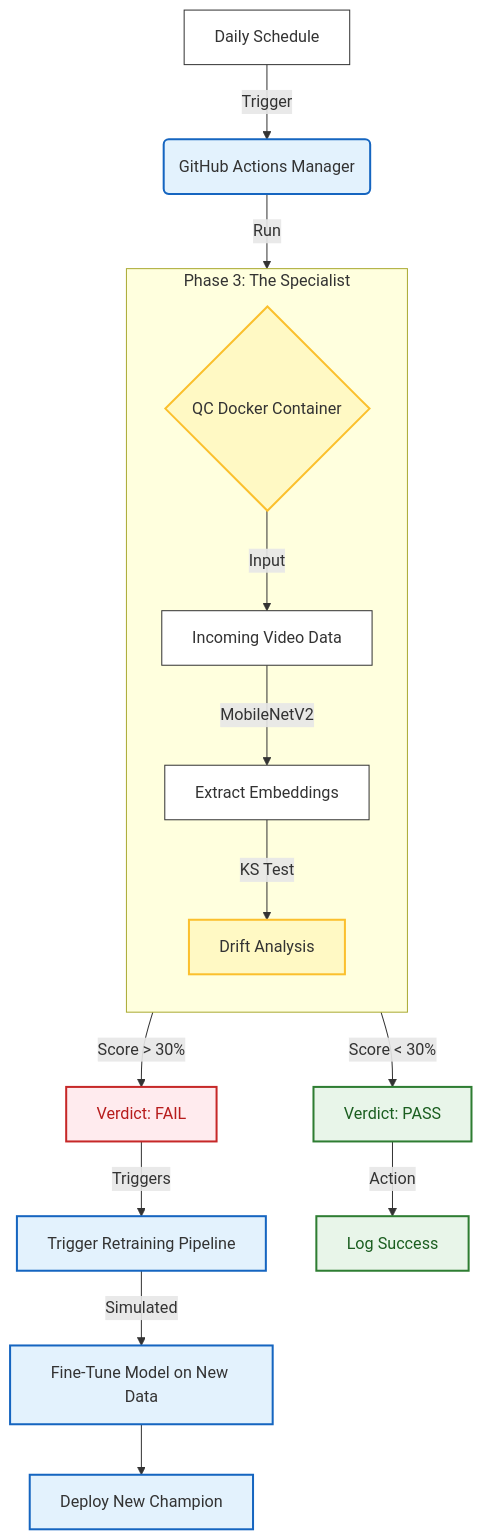
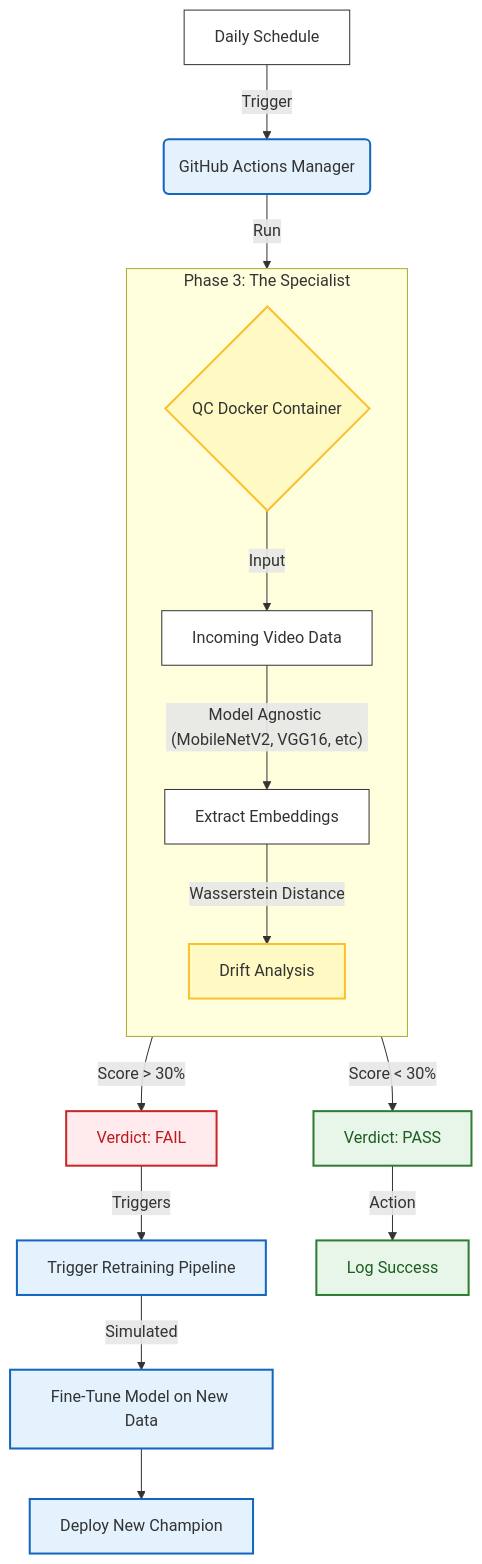
Before and after one commit to Kosher-T/sentinel: the diagram in README.md, drawn with Mermaid.

Commit message:
Update diagram to reflect model agnostic approach

````diff
--- a/README.md
+++ b/README.md
@@ -42,41 +42,41 @@
 ```mermaid
 graph TD
     %% --- Nodes ---
     A["Daily Schedule"] -->|Trigger| B("GitHub Actions Manager")
     
     %% Manager only has ONE action now: Run the container
     B -->|Run| C
     
     subgraph Phase3 ["Phase 3: The Specialist"]
         direction TB
         C{"QC Docker Container"}
         
         C -->|Input| D["Incoming Video Data"]
-        D -->|"MobileNetV2"| E["Extract Embeddings"]
-        E -->|"KS Test"| F["Drift Analysis"]
+        D -->|"Model Agnostic (MobileNetV2, VGG16, etc)"| E["Extract Embeddings"]
+        E -->|"Wasserstein Distance"| F["Drift Analysis"]
     end
     
     %% Logic flows out of Phase 3 directly to consequences
     F -->|"Score > 30%"| G["Verdict: FAIL"]
     F -->|"Score < 30%"| H["Verdict: PASS"]
     
     %% Direct sequential actions based on Verdict
     G -->|"Triggers"| J["Trigger Retraining Pipeline"]
     H -->|"Action"| K["Log Success"]
     
     J -->|Simulated| L["Fine-Tune Model on New Data"]
     L --> M["Deploy New Champion"]
 
     %% --- Styles ---
     classDef base fill:#fff,stroke:#333,stroke-width:1px
     classDef action fill:#e3f2fd,stroke:#1565c0,stroke-width:2px
     classDef success fill:#e8f5e9,stroke:#2e7d32,stroke-width:2px,color:#1b5e20
     classDef fail fill:#ffebee,stroke:#c62828,stroke-width:2px,color:#b71c1c
     classDef decision fill:#fff9c4,stroke:#fbc02d,stroke-width:2px
 
     class A,D,E base
     class B,J,L,M action
     class C,F decision
     class H,K success
     class G fail
 ```
````
